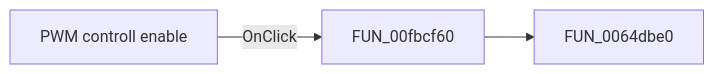
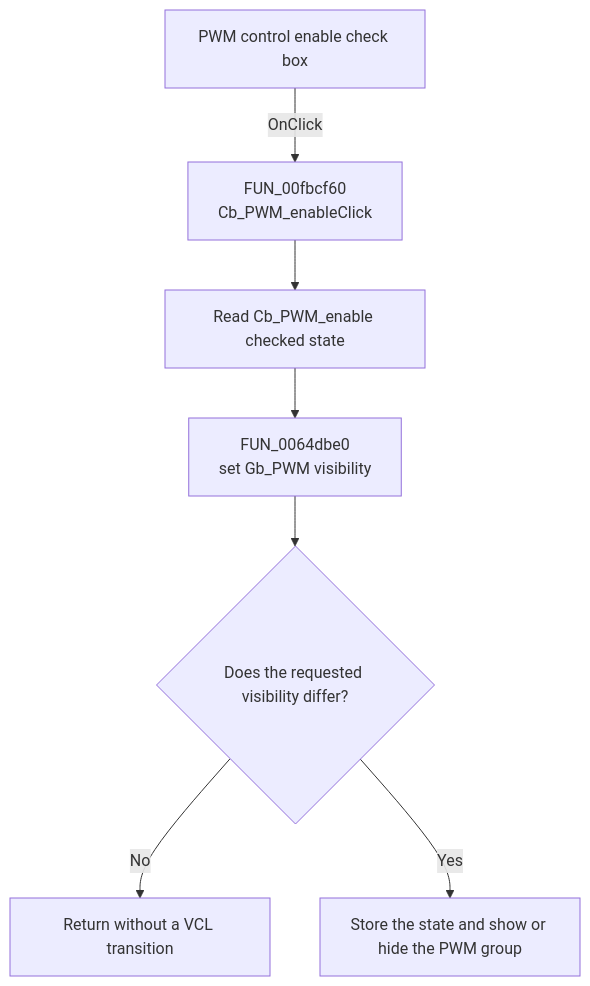
Before and after one commit to MovGP0/TIARA: the diagram in docs/ui-controls/dlgflowchartinterruptavrtmr1/cb-pwm-enable-f8ecb21409.md, drawn with Mermaid. The commit also changed other lines of this file and 387 other files, not shown here.

````diff
--- a/docs/ui-controls/dlgflowchartinterruptavrtmr1/cb-pwm-enable-f8ecb21409.md
+++ b/docs/ui-controls/dlgflowchartinterruptavrtmr1/cb-pwm-enable-f8ecb21409.md
@@ -27,5 +39,9 @@
 ```mermaid
-flowchart LR
-    control["PWM controll enable"] -->|OnClick| handler["FUN_00fbcf60"]
-    handler --> call1["FUN_0064dbe0"]
+flowchart TD
+    control["PWM control enable check box"] -->|OnClick| handler["FUN_00fbcf60<br/>Cb_PWM_enableClick"]
+    handler --> readState["Read Cb_PWM_enable checked state"]
+    readState --> setVisible["FUN_0064dbe0<br/>set Gb_PWM visibility"]
+    setVisible --> stateChanged{"Does the requested visibility differ?"}
+    stateChanged -->|No| noOp["Return without a VCL transition"]
+    stateChanged -->|Yes| transition["Store the state and show or hide the PWM group"]
 ```
````
